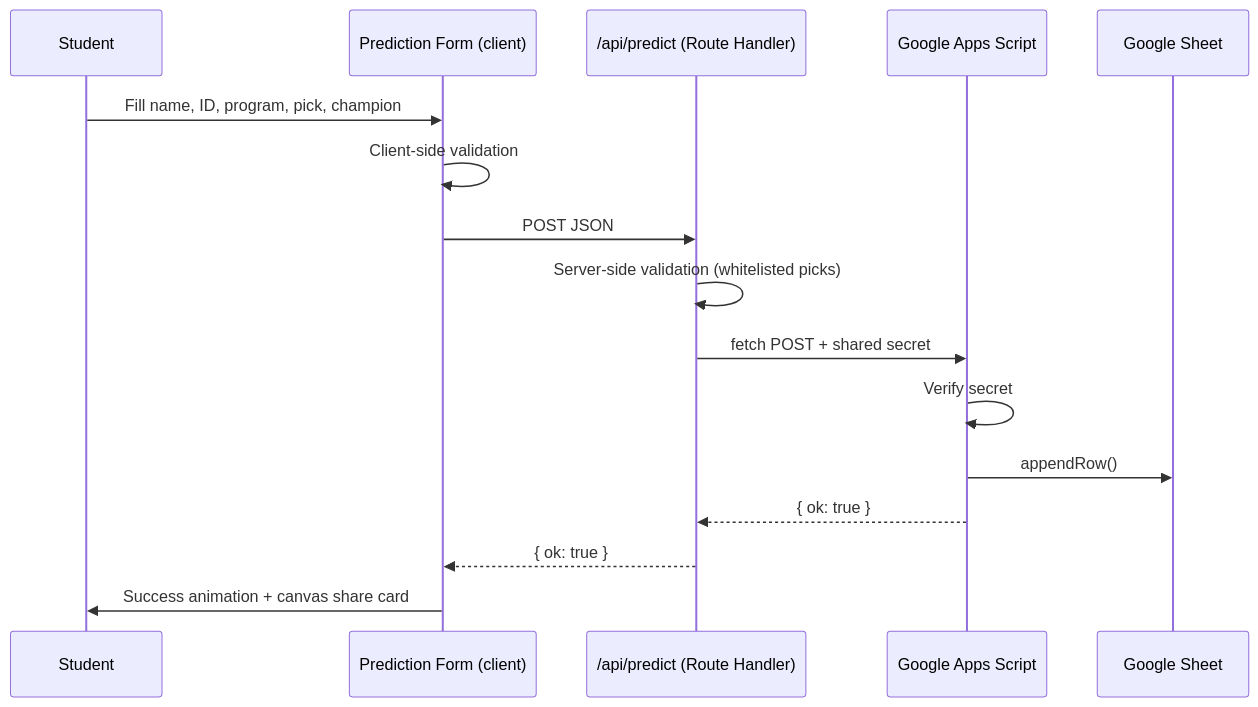
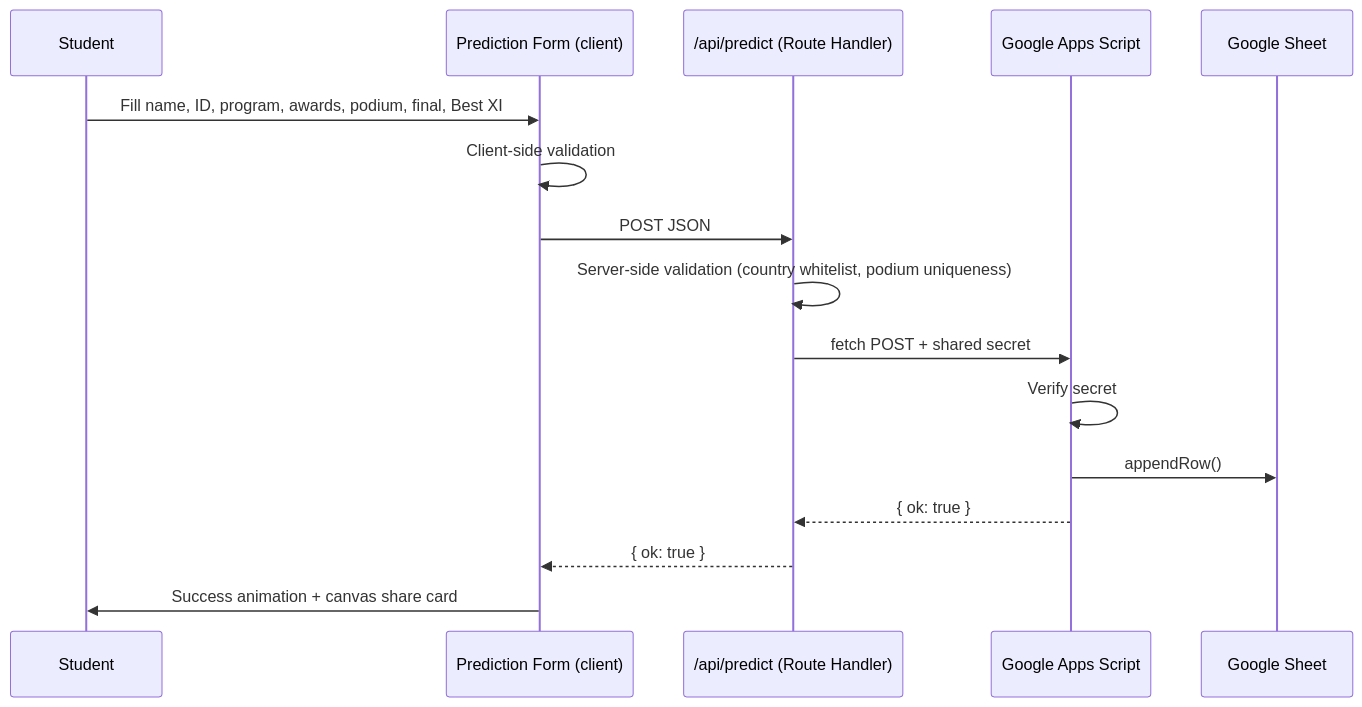
One commit to digitalmarketinghcoe/worldcup changed the fourth of 5 diagrams in docs/architecture.md. Above: the diagram before and after it, drawn with Mermaid. The commit also changed other lines of this file and 33 other files, not shown here.

````diff
--- a/docs/architecture.md
+++ b/docs/architecture.md
@@ -65,19 +65,19 @@
 ```mermaid
 sequenceDiagram
     participant U as Student
     participant F as Prediction Form (client)
     participant R as /api/predict (Route Handler)
     participant S as Google Apps Script
     participant G as Google Sheet
 
-    U->>F: Fill name, ID, program, pick, champion
+    U->>F: Fill name, ID, program, awards, podium, final, Best XI
     F->>F: Client-side validation
     F->>R: POST JSON
-    R->>R: Server-side validation (whitelisted picks)
+    R->>R: Server-side validation (country whitelist, podium uniqueness)
     R->>S: fetch POST + shared secret
     S->>S: Verify secret
     S->>G: appendRow()
     S-->>R: { ok: true }
     R-->>F: { ok: true }
     F->>U: Success animation + canvas share card
 ```
````
